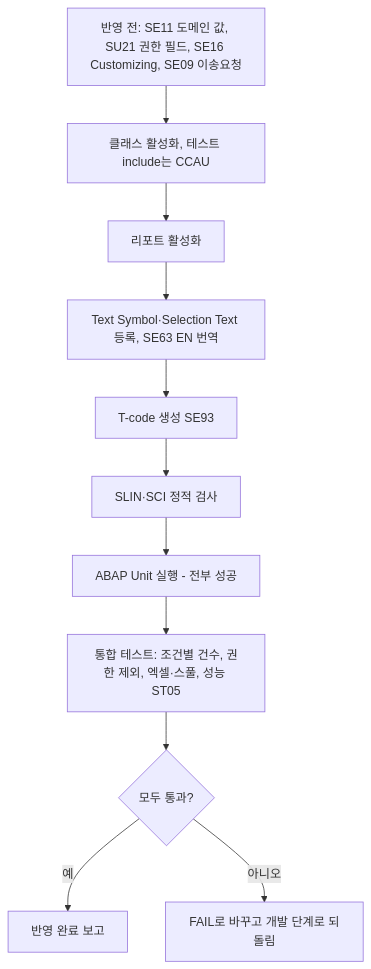
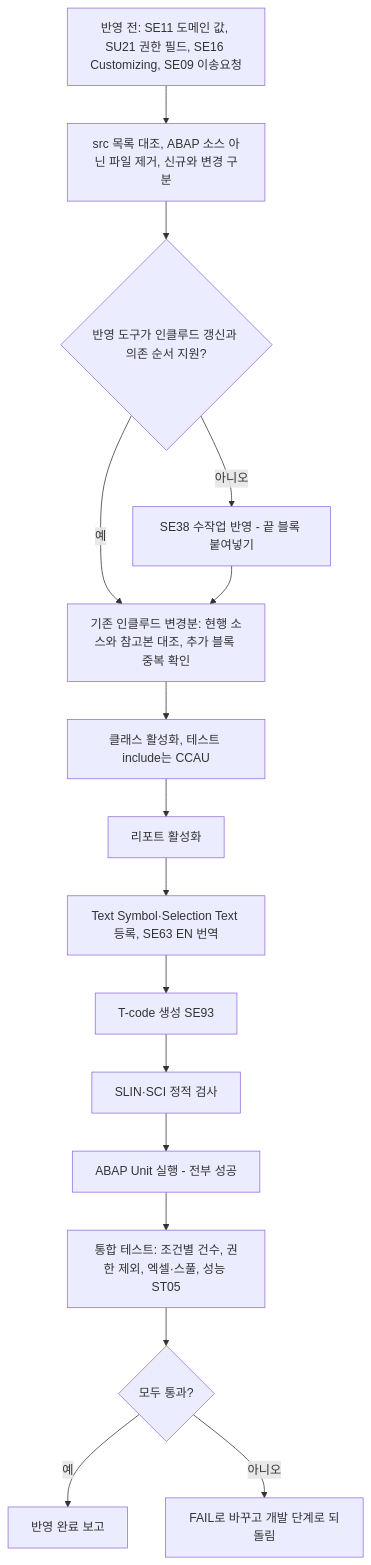
Before and after one commit to sunguphong/devsap: the diagram in wiki/테스트계 반영 전 점검 항목.md, drawn with Mermaid. The commit also changed other lines of this file and 20 other files, not shown here.

````diff
--- a/wiki/테스트계 반영 전 점검 항목.md
+++ b/wiki/테스트계 반영 전 점검 항목.md
@@ -7,13 +7,18 @@
 ```mermaid
 flowchart TD
-  P["반영 전: SE11 도메인 값, SU21 권한 필드, SE16 Customizing, SE09 이송요청"] --> A1["클래스 활성화, 테스트 include는 CCAU"]
+  P["반영 전: SE11 도메인 값, SU21 권한 필드, SE16 Customizing, SE09 이송요청"] --> P2["src 목록 대조, ABAP 소스 아닌 파일 제거, 신규와 변경 구분"]
+  P2 --> P4{"반영 도구가 인클루드 갱신과 의존 순서 지원?"}
+  P4 -->|"아니오"| P5["SE38 수작업 반영 - 끝 블록 붙여넣기"]
+  P4 -->|"예"| P3
+  P5 --> P3["기존 인클루드 변경분: 현행 소스와 참고본 대조, 추가 블록 중복 확인"]
+  P3 --> A1["클래스 활성화, 테스트 include는 CCAU"]
   A1 --> A2["리포트 활성화"]
   A2 --> A3["Text Symbol·Selection Text 등록, SE63 EN 번역"]
   A3 --> A4["T-code 생성 SE93"]
   A4 --> S["SLIN·SCI 정적 검사"]
   S --> U["ABAP Unit 실행 - 전부 성공"]
   U --> IT["통합 테스트: 조건별 건수, 권한 제외, 엑셀·스풀, 성능 ST05"]
   IT --> OK{"모두 통과?"}
   OK -->|예| D["반영 완료 보고"]
   OK -->|아니오| R["FAIL로 바꾸고 개발 단계로 되돌림"]
 ```
````
